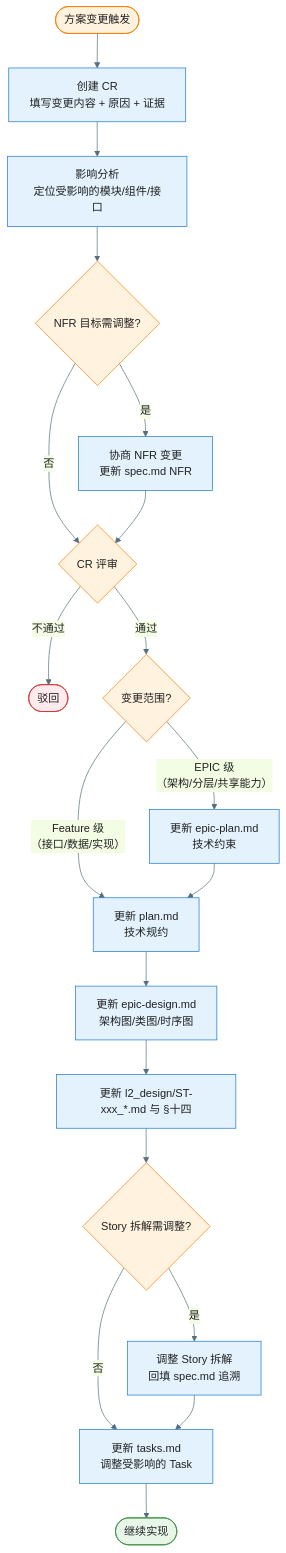
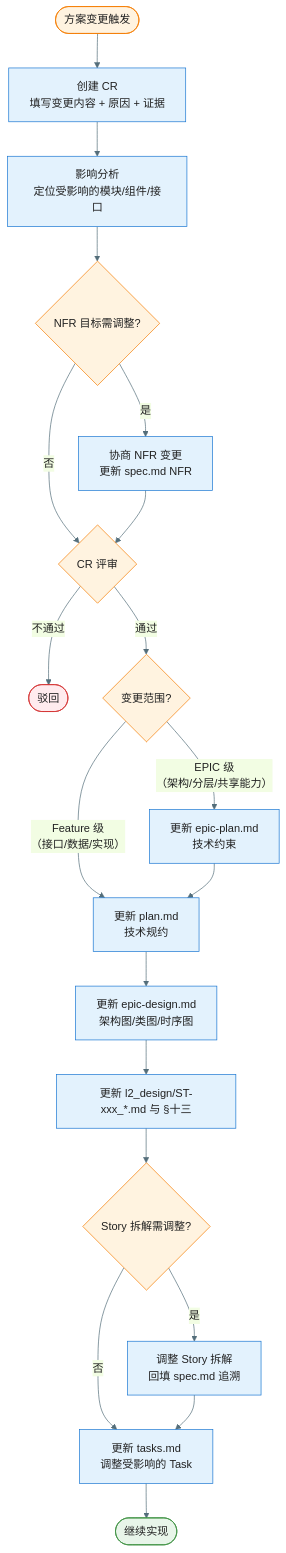
The fifth of 8 diagrams in docs/workflow-overview.md (jackykarma/Verity), drawn with Mermaid before and after one commit. The commit also changed other lines of this file and 13 other files, not shown here.

````diff
--- a/docs/workflow-overview.md
+++ b/docs/workflow-overview.md
@@ -273,30 +273,30 @@
 ```mermaid
 %%{init: {'theme': 'base', 'themeVariables': { 'primaryColor': '#E3F2FD', 'primaryTextColor': '#212121', 'primaryBorderColor': '#1976D2', 'lineColor': '#546E7A'}}}%%
 flowchart TD
     Trigger([方案变更触发]) --> CreateCR["创建 CR<br/>填写变更内容 + 原因 + 证据"]
     CreateCR --> Impact["影响分析<br/>定位受影响的模块/组件/接口"]
     Impact --> CheckNFR{NFR 目标需调整?}
     CheckNFR -->|是| NegotiateNFR["协商 NFR 变更<br/>更新 spec.md NFR"]
     CheckNFR -->|否| Review{CR 评审}
     NegotiateNFR --> Review
     Review -->|不通过| Reject([驳回])
     Review -->|通过| Scope{变更范围?}
     Scope -->|"EPIC 级<br/>（架构/分层/共享能力）"| UpdateEpicPlan["更新 epic-plan.md<br/>技术约束"]
     Scope -->|"Feature 级<br/>（接口/数据/实现）"| UpdatePlan["更新 plan.md<br/>技术规约"]
     UpdateEpicPlan --> UpdatePlan
     UpdatePlan --> UpdateDesign["更新 epic-design.md<br/>架构图/类图/时序图"]
-    UpdateDesign --> UpdateL2["更新 l2_design/ST-xxx_*.md 与 §十四"]
+    UpdateDesign --> UpdateL2["更新 l2_design/ST-xxx_*.md 与 §十三"]
     UpdateL2 --> CheckStory{Story 拆解需调整?}
     CheckStory -->|是| UpdateStory["调整 Story 拆解<br/>回填 spec.md 追溯"]
     CheckStory -->|否| UpdateTasks["更新 tasks.md<br/>调整受影响的 Task"]
     UpdateStory --> UpdateTasks
     UpdateTasks --> Continue([继续实现])
 
     style Trigger fill:#FFF3E0,stroke:#F57C00
     style Reject fill:#FFEBEE,stroke:#D32F2F
     style Continue fill:#E8F5E9,stroke:#388E3C
     style Review fill:#FFF3E0,stroke:#F57C00
     style CheckNFR fill:#FFF3E0,stroke:#F57C00
     style Scope fill:#FFF3E0,stroke:#F57C00
     style CheckStory fill:#FFF3E0,stroke:#F57C00
 ```
````
